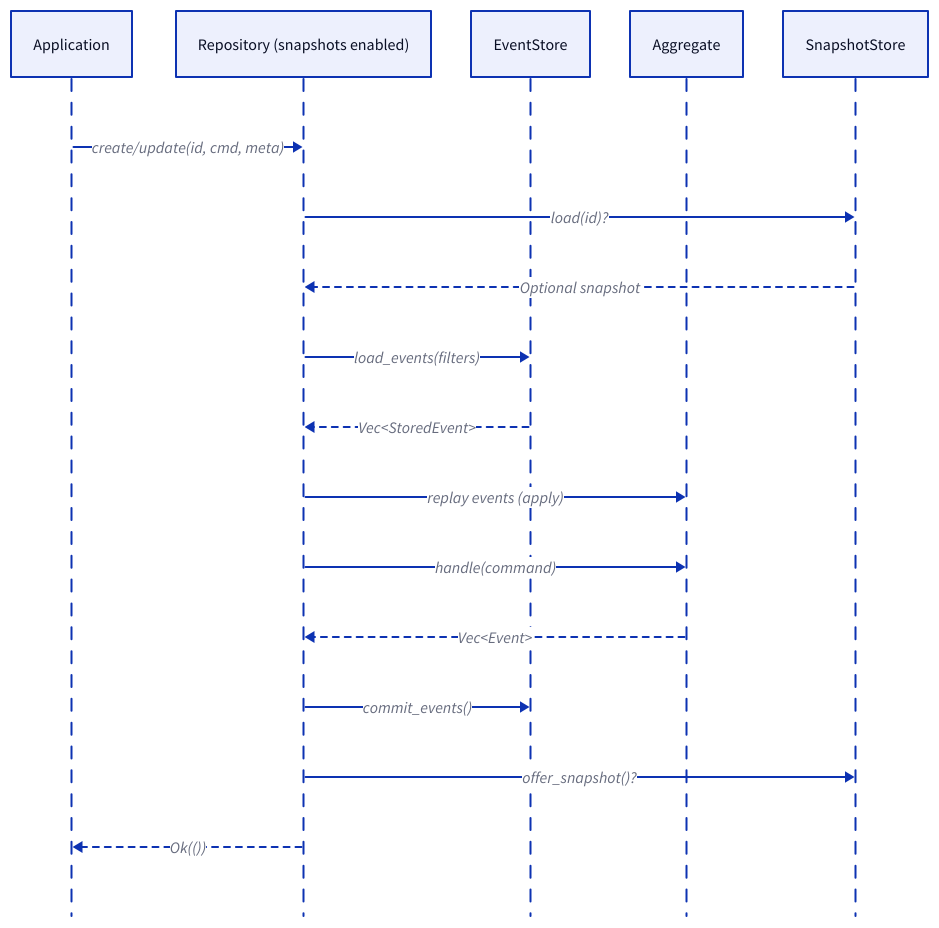
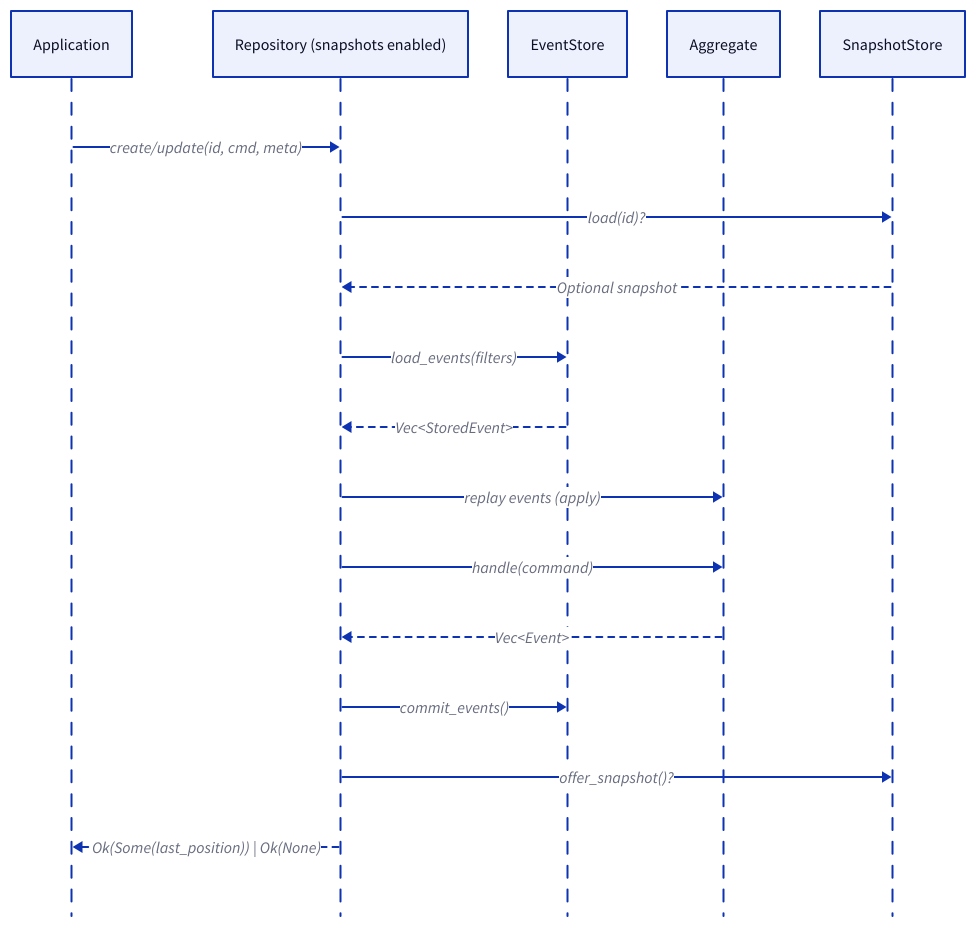
The second of 3 diagrams in docs/src/concepts/architecture.md (danieleades/sourcery), drawn with D2 before and after one commit. The commit also changed 18 other files, not shown here.

````diff
--- a/docs/src/concepts/architecture.md
+++ b/docs/src/concepts/architecture.md
@@ -46,21 +46,21 @@
 ```d2
 shape: sequence_diagram
 
 App: Application
 Repo: Repository (snapshots enabled)
 Store: EventStore
 Agg: Aggregate
 Snap: SnapshotStore
 
 App -> Repo: "create/update(id, cmd, meta)"
 Repo -> Snap: "load(id)?"
 Snap -> Repo: "Optional snapshot" {style.stroke-dash: 3}
 Repo -> Store: "load_events(filters)"
 Store -> Repo: "Vec<StoredEvent>" {style.stroke-dash: 3}
 Repo -> Agg: "replay events (apply)"
 Repo -> Agg: "handle(command)"
 Agg -> Repo: "Vec<Event>" {style.stroke-dash: 3}
 Repo -> Store: "commit_events()"
 Repo -> Snap: "offer_snapshot()?"
-Repo -> App: "Ok(())" {style.stroke-dash: 3}
+Repo -> App: "Ok(Some(last_position)) | Ok(None)" {style.stroke-dash: 3}
 ```
````
